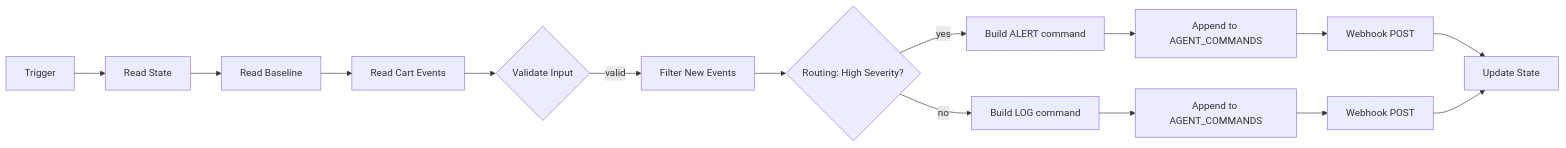
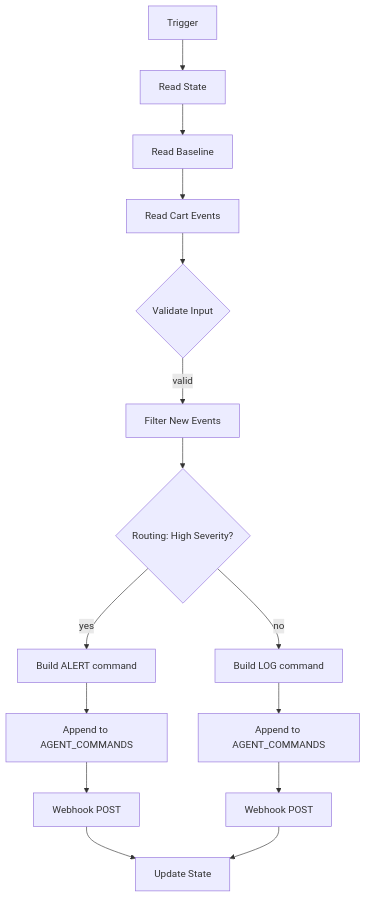
The diagram in README.md (satheesha-annajigowda/checkout-incident-agent), drawn with Mermaid before and after one commit.

Commit message:
Update README.md
Improved the diagram

````diff
--- a/README.md
+++ b/README.md
@@ -25,17 +25,17 @@
 ```mermaid
-flowchart LR
+   flowchart TD
     T[Trigger] --> RS[Read State]
     RS --> RB[Read Baseline]
     RB --> RE[Read Cart Events]
     RE --> V{Validate Input}
     V -- valid --> F[Filter New Events]
     F --> R{Routing: High Severity?}
     R -- yes --> A[Build ALERT command]
     R -- no --> L[Build LOG command]
     A --> W1[Append to AGENT_COMMANDS]
     L --> W2[Append to AGENT_COMMANDS]
     W1 --> H1[Webhook POST]
     W2 --> H2[Webhook POST]
     H1 --> U[Update State]
     H2 --> U
 ```
````
